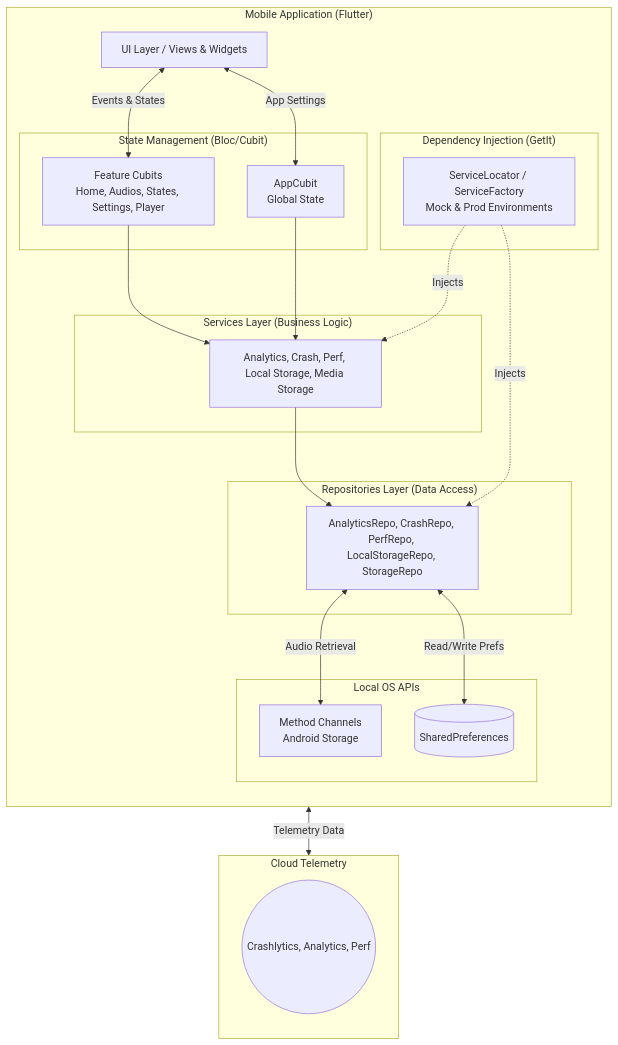
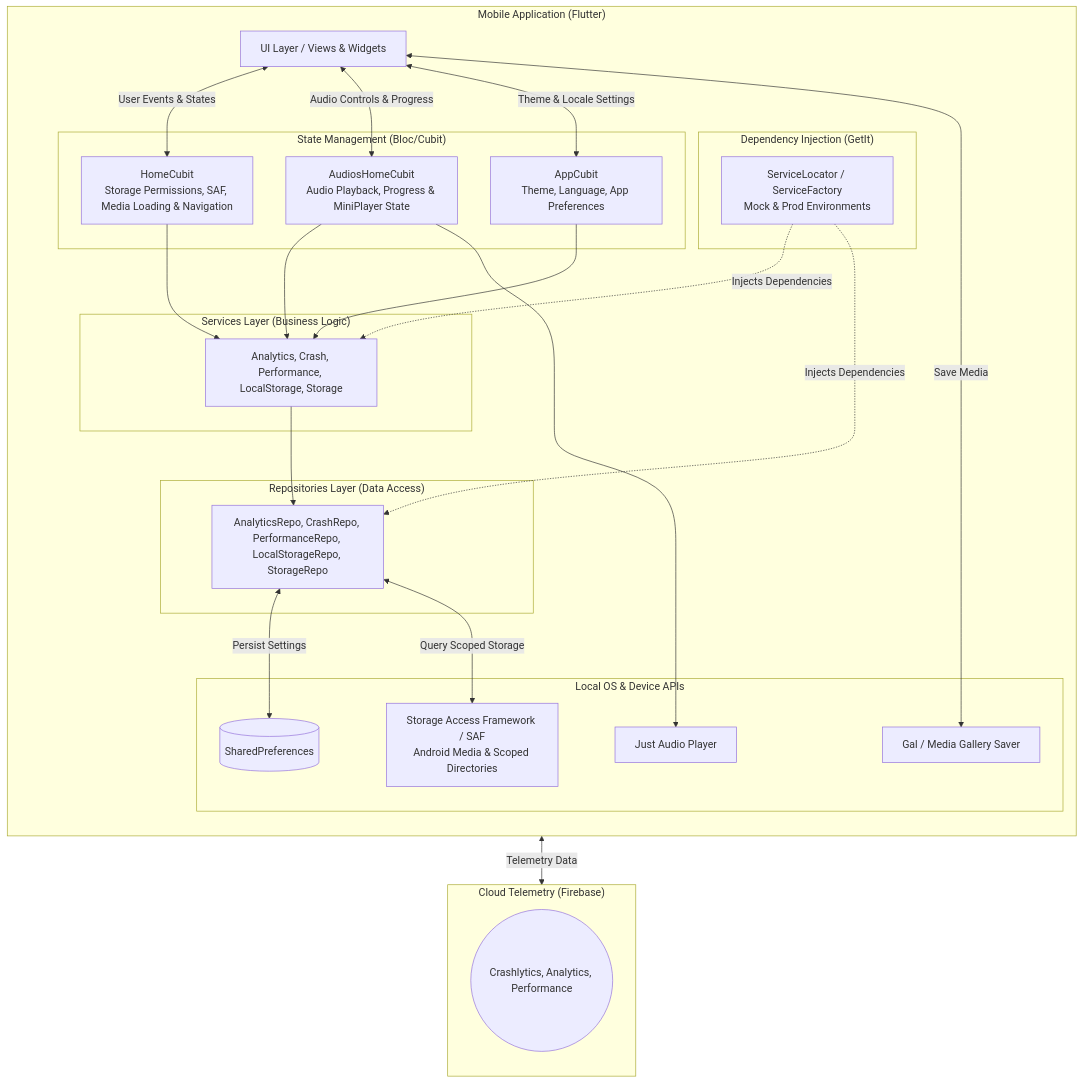
One commit to Piero16301/Ghost_Play changed the diagram in README.md. Above: the diagram before and after it, drawn with Mermaid. The commit also changed other lines of this file and 53 other files, not shown here.

````diff
--- a/README.md
+++ b/README.md
@@ -33,50 +37,57 @@
 ```mermaid
 flowchart TD
   subgraph "Mobile Application (Flutter)"
     direction TB
     UI[UI Layer / Views & Widgets]
     
     subgraph "State Management (Bloc/Cubit)"
-      AppCubit[AppCubit<br>Global State]
-      FeatureCubits[Feature Cubits<br>Home, Audios, States, Settings, Player]
+      AppCubit[AppCubit<br>Theme, Language, App Preferences]
+      HomeCubit[HomeCubit<br>Storage Permissions, SAF, Media Loading & Navigation]
+      AudiosHomeCubit[AudiosHomeCubit<br>Audio Playback, Progress & MiniPlayer State]
     end
     
     subgraph "Services Layer (Business Logic)"
-      AppServices[Analytics, Crash, Perf, Local Storage, Media Storage]
+      AppServices[Analytics, Crash, Performance, LocalStorage, Storage]
     end
 
     subgraph "Repositories Layer (Data Access)"
-      AppRepos[AnalyticsRepo, CrashRepo, PerfRepo, LocalStorageRepo, StorageRepo]
+      AppRepos[AnalyticsRepo, CrashRepo, PerformanceRepo, LocalStorageRepo, StorageRepo]
     end
     
     subgraph "Dependency Injection (GetIt)"
       DI[ServiceLocator / ServiceFactory<br>Mock & Prod Environments]
     end
     
-    subgraph "Local OS APIs"
-      NativeChannel[Method Channels<br>Android Storage]
+    subgraph "Local OS & Device APIs"
+      SAF[Storage Access Framework / SAF<br>Android Media & Scoped Directories]
       SharedPrefs[(SharedPreferences)]
+      JustAudio[Just Audio Player]
+      GalApi[Gal / Media Gallery Saver]
     end
   end
 
-  %% Internal App Flow
-  UI <-->|Events & States| FeatureCubits
-  UI <-->|App Settings| AppCubit
+  %% Flow
+  UI <-->|User Events & States| HomeCubit
+  UI <-->|Audio Controls & Progress| AudiosHomeCubit
+  UI <-->|Theme & Locale Settings| AppCubit
   
-  FeatureCubits --> AppServices
+  HomeCubit --> AppServices
+  AudiosHomeCubit --> AppServices
+  AudiosHomeCubit --> JustAudio
   AppCubit --> AppServices
   
   AppServices --> AppRepos
-  DI -.->|Injects| AppServices
-  DI -.->|Injects| AppRepos
+  DI -.->|Injects Dependencies| AppServices
+  DI -.->|Injects Dependencies| AppRepos
   
-  AppRepos <-->|Read/Write Prefs| SharedPrefs
-  AppRepos <-->|Audio Retrieval| NativeChannel
+  AppRepos <-->|Persist Settings| SharedPrefs
+  AppRepos <-->|Query Scoped Storage| SAF
+  UI <-->|Save Media| GalApi
   
-  subgraph "Cloud Telemetry"
+  subgraph "Cloud Telemetry (Firebase)"
     direction TB
-    FirebaseTelemetry((Crashlytics, Analytics, Perf))
+    FirebaseTelemetry((Crashlytics, Analytics, Performance))
   end
 
   AppRepos <-->|Telemetry Data| FirebaseTelemetry
 ```
````
